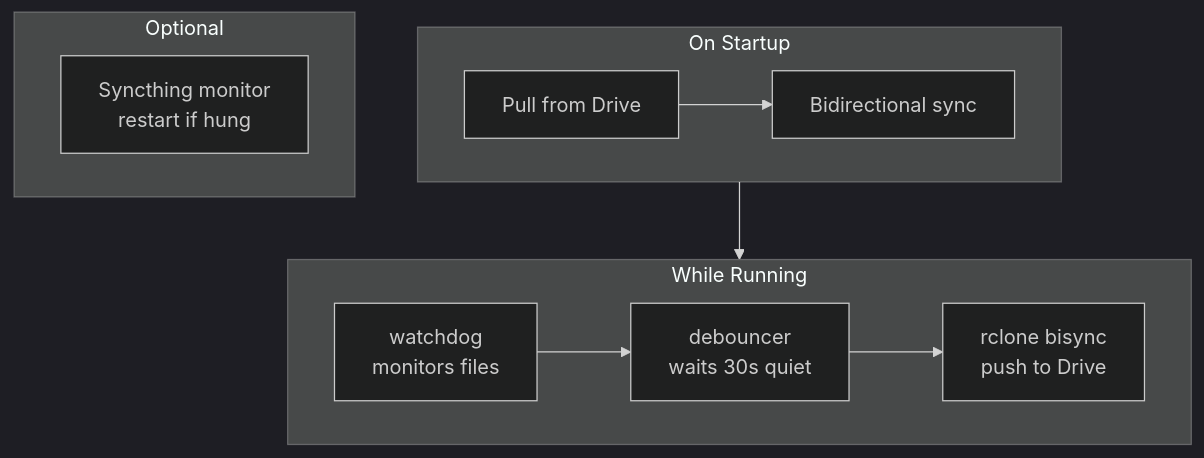
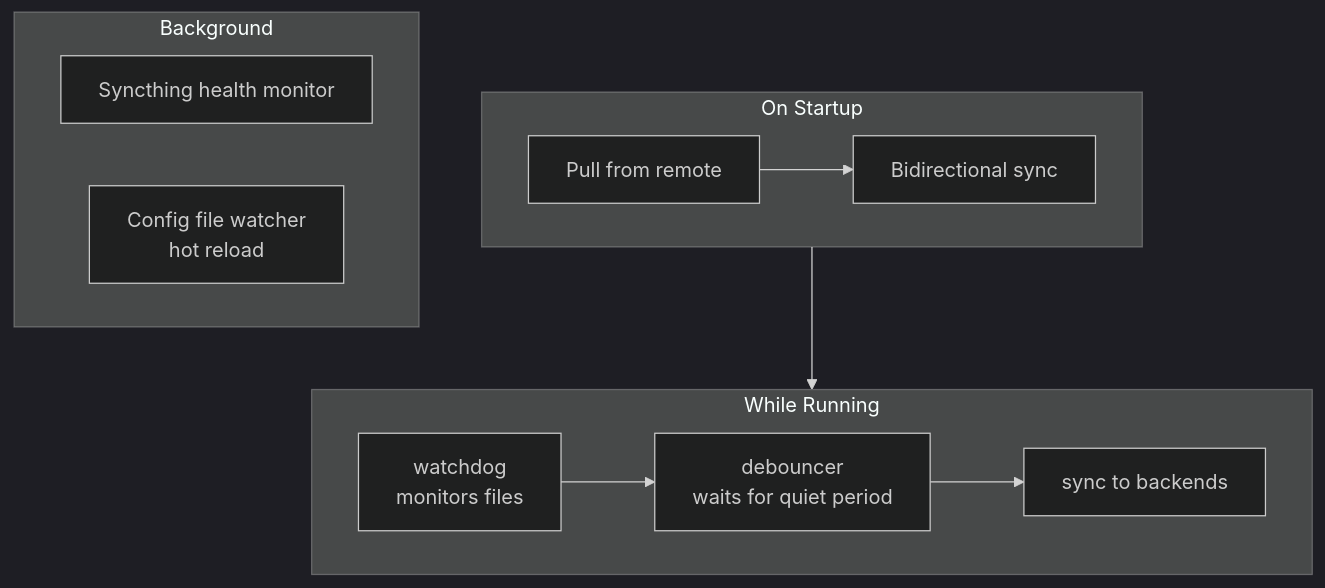
One commit to dylantcon/dgmt changed the second of 2 diagrams in README.md. Above: the diagram before and after it, drawn with Mermaid (dark theme). The commit also changed other lines of this file and 49 other files, not shown here.

````diff
--- a/README.md
+++ b/README.md
@@ -12,21 +27,22 @@
 ```mermaid
 graph TB
     subgraph startup["On Startup"]
-        PULL[Pull from Drive]
+        PULL[Pull from remote]
         BISYNC[Bidirectional sync]
         PULL --> BISYNC
     end
 
     subgraph running["While Running"]
         W[watchdog<br/>monitors files]
-        D[debouncer<br/>waits 30s quiet]
-        SYNC[rclone bisync<br/>push to Drive]
+        D[debouncer<br/>waits for quiet period]
+        SYNC[sync to backends]
         W --> D --> SYNC
     end
 
-    subgraph optional["Optional"]
-        H[Syncthing monitor<br/>restart if hung]
+    subgraph background["Background"]
+        H[Syncthing health monitor]
+        C[Config file watcher<br/>hot reload]
     end
 
     startup --> running
 ```
````
